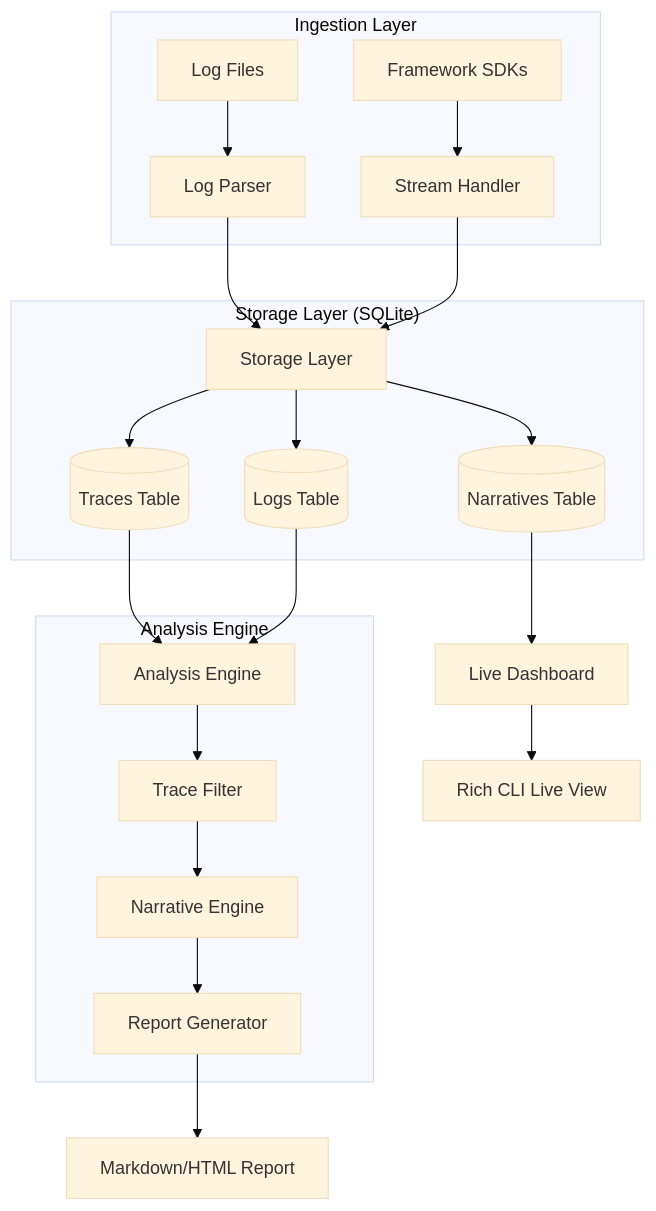
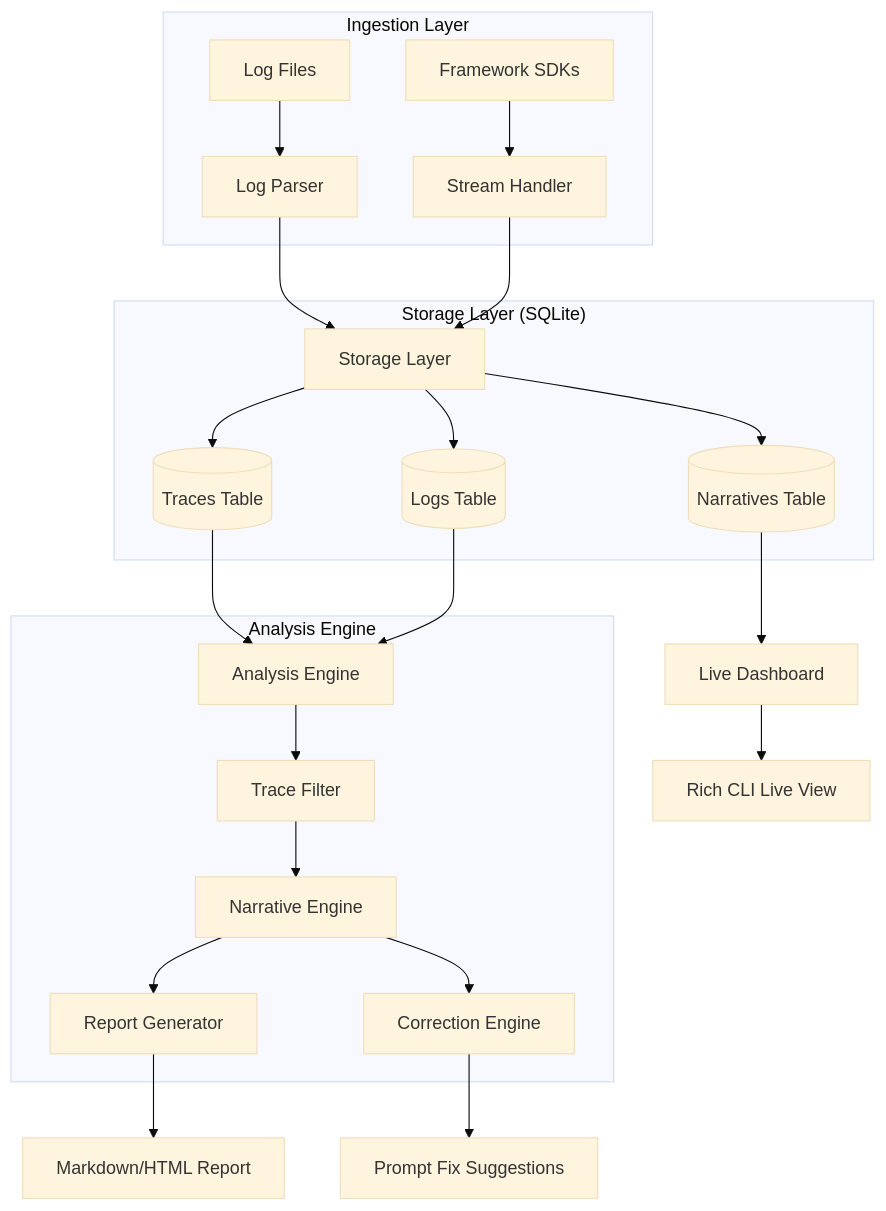
Before and after one commit to prof-lijar/tiny-company: the diagram in docs/technical-architecture.md, drawn with Mermaid (base theme). The commit also changed other lines of this file, not shown here.

````diff
--- a/docs/technical-architecture.md
+++ b/docs/technical-architecture.md
@@ -15,28 +18,30 @@
 ```mermaid
 graph TD
     subgraph "Ingestion Layer"
         A[Log Files] --> B[Log Parser]
         C[Framework SDKs] --> D[Stream Handler]
     end
 
     B --> E[Storage Layer]
     D --> E[Storage Layer]
 
     subgraph "Storage Layer (SQLite)"
         E --> E1[(Traces Table)]
         E --> E2[(Logs Table)]
         E --> E3[(Narratives Table)]
     end
 
     E1 & E2 --> F[Analysis Engine]
     E3 --> G[Live Dashboard]
 
     subgraph "Analysis Engine"
         F --> F1[Trace Filter]
         F1 --> F2[Narrative Engine]
         F2 --> F3[Report Generator]
+        F2 --> F4[Correction Engine]
     end
 
     F3 --> H[Markdown/HTML Report]
-    G --> I[Rich CLI Live View]
+    F4 --> I[Prompt Fix Suggestions]
+    G --> J[Rich CLI Live View]
 ```
````
